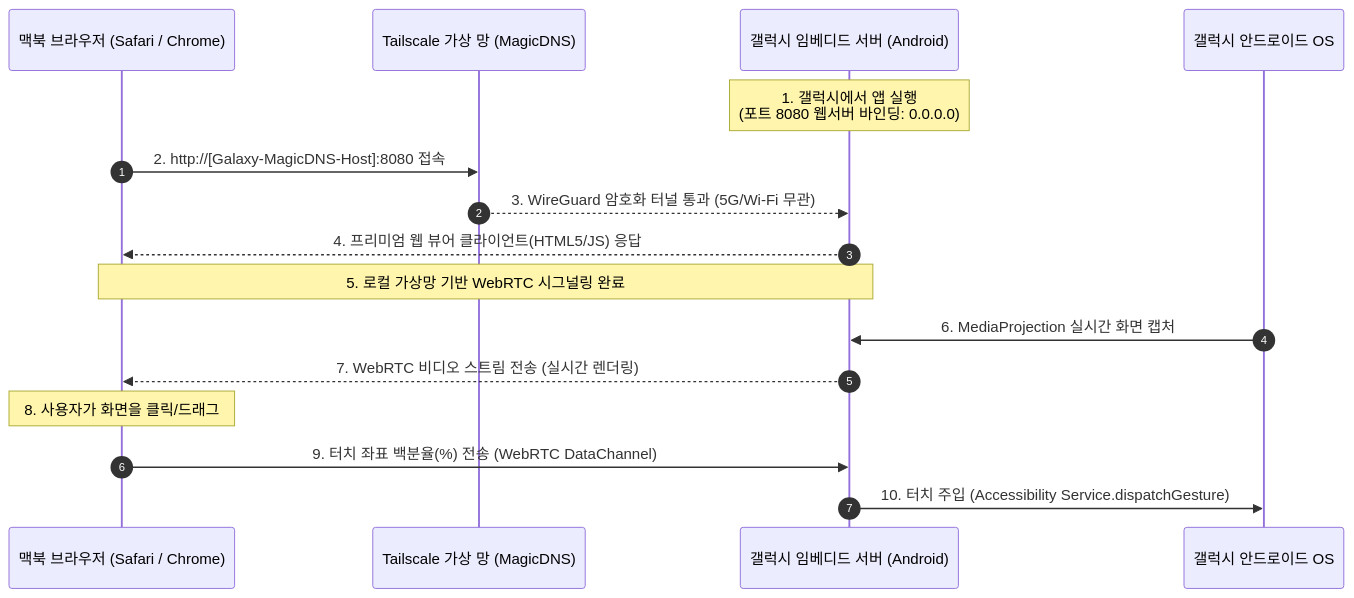
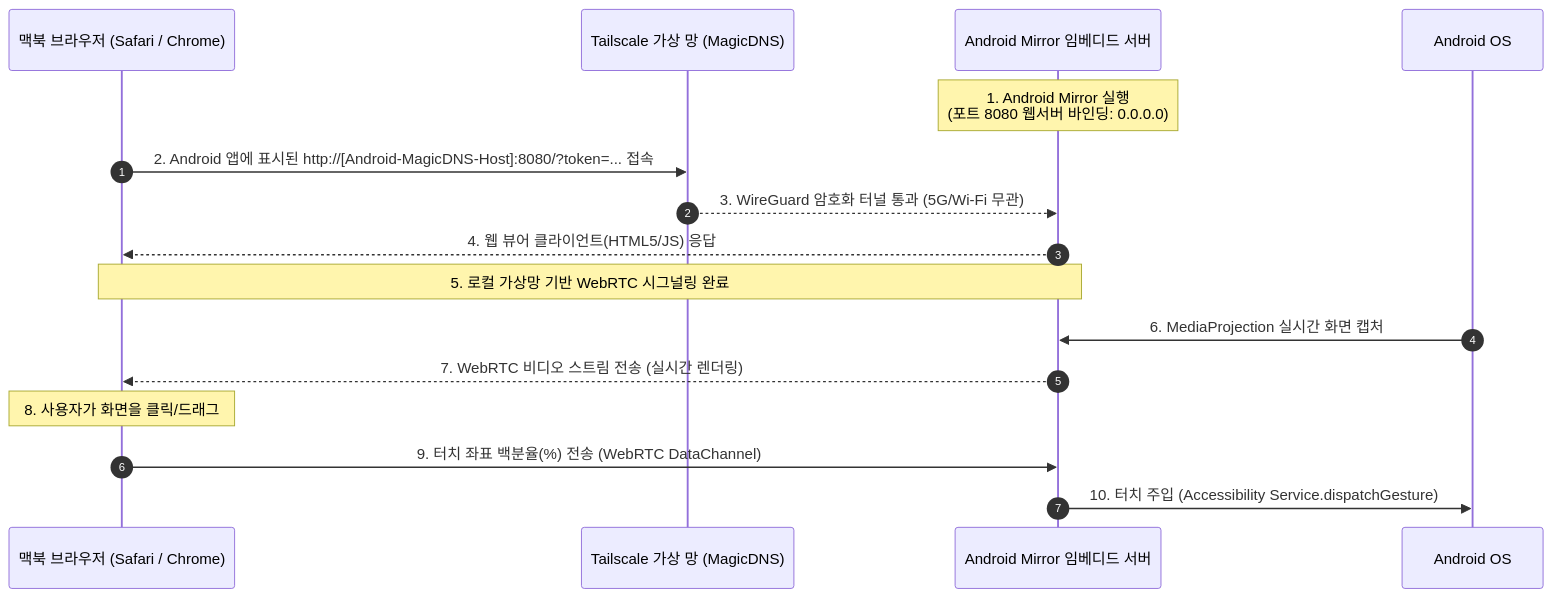
Before and after one commit to jazpiper/galaxy-mirror-web: the diagram in README.md, drawn with Mermaid. The commit also changed other lines of this file and 70 other files, not shown here.

Commit message:
feat: WebRTC 스트리밍 및 원격 조작/입력 안정화 고도화 (Milestone 3)

````diff
--- a/README.md
+++ b/README.md
@@ -11,22 +11,22 @@
 ```mermaid
 sequenceDiagram
     autonumber
     participant Mac as 맥북 브라우저 (Safari / Chrome)
     participant Tailnet as Tailscale 가상 망 (MagicDNS)
-    participant GalaxyApp as 갤럭시 임베디드 서버 (Android)
-    participant GalaxyOS as 갤럭시 안드로이드 OS
+    participant AndroidApp as Android Mirror 임베디드 서버
+    participant AndroidOS as Android OS
     
-    Note over GalaxyApp: 1. 갤럭시에서 앱 실행<br/>(포트 8080 웹서버 바인딩: 0.0.0.0)
+    Note over AndroidApp: 1. Android Mirror 실행<br/>(포트 8080 웹서버 바인딩: 0.0.0.0)
     
-    Mac->>Tailnet: 2. http://[Galaxy-MagicDNS-Host]:8080 접속
-    Tailnet-->>GalaxyApp: 3. WireGuard 암호화 터널 통과 (5G/Wi-Fi 무관)
-    GalaxyApp-->>Mac: 4. 프리미엄 웹 뷰어 클라이언트(HTML5/JS) 응답
+    Mac->>Tailnet: 2. Android 앱에 표시된 http://[Android-MagicDNS-Host]:8080/?token=... 접속
+    Tailnet-->>AndroidApp: 3. WireGuard 암호화 터널 통과 (5G/Wi-Fi 무관)
+    AndroidApp-->>Mac: 4. 웹 뷰어 클라이언트(HTML5/JS) 응답
     
-    Note over Mac, GalaxyApp: 5. 로컬 가상망 기반 WebRTC 시그널링 완료
-    GalaxyOS->>GalaxyApp: 6. MediaProjection 실시간 화면 캡처
-    GalaxyApp-->>Mac: 7. WebRTC 비디오 스트림 전송 (실시간 렌더링)
+    Note over Mac, AndroidApp: 5. 로컬 가상망 기반 WebRTC 시그널링 완료
+    AndroidOS->>AndroidApp: 6. MediaProjection 실시간 화면 캡처
+    AndroidApp-->>Mac: 7. WebRTC 비디오 스트림 전송 (실시간 렌더링)
     
     Note over Mac: 8. 사용자가 화면을 클릭/드래그
-    Mac->>GalaxyApp: 9. 터치 좌표 백분율(%) 전송 (WebRTC DataChannel)
-    GalaxyApp->>GalaxyOS: 10. 터치 주입 (Accessibility Service.dispatchGesture)
+    Mac->>AndroidApp: 9. 터치 좌표 백분율(%) 전송 (WebRTC DataChannel)
+    AndroidApp->>AndroidOS: 10. 터치 주입 (Accessibility Service.dispatchGesture)
 ```
````
